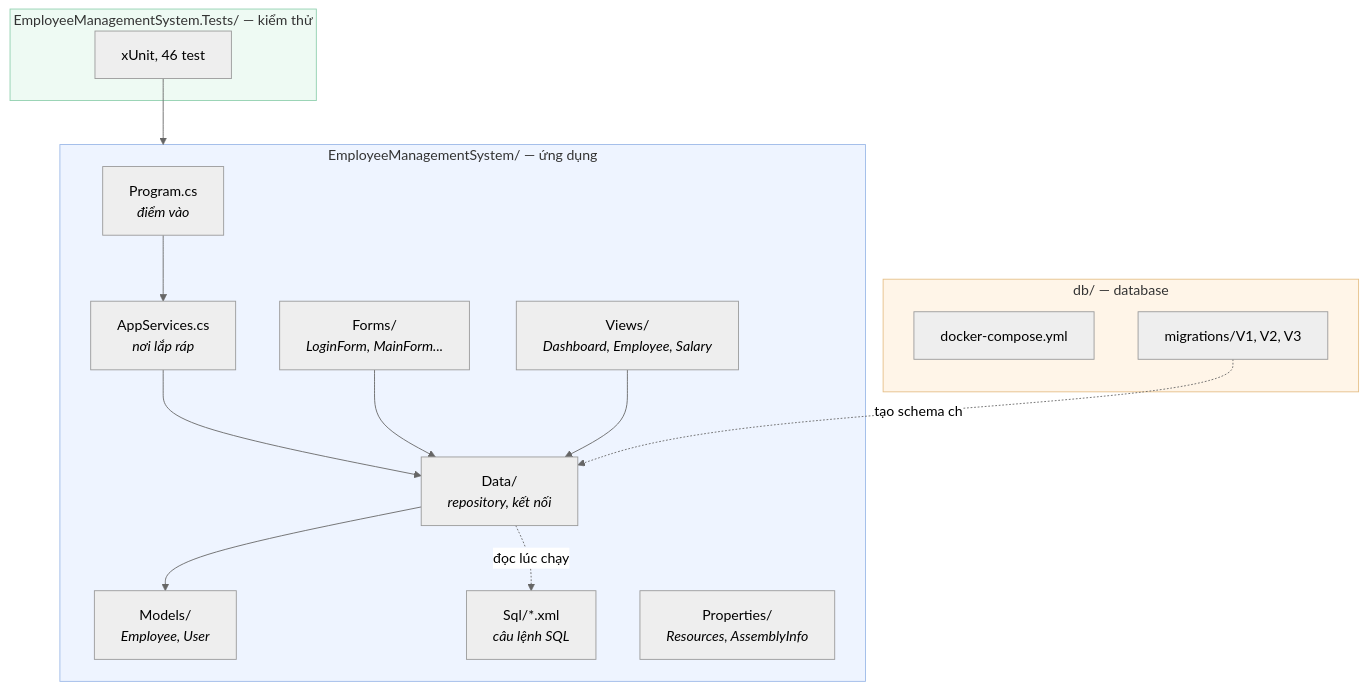
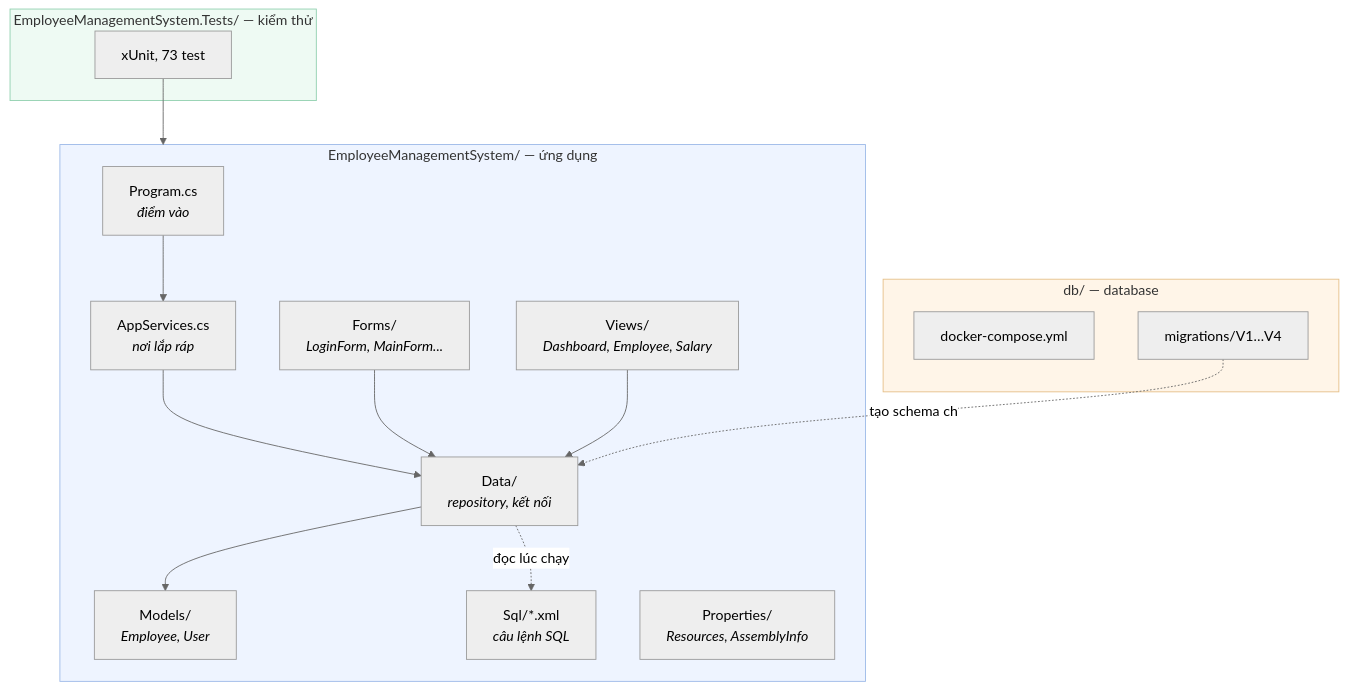
The third of 4 diagrams in docs/02-giai-phau-du-an.md (vielang/dotnet-framework-admin), drawn with Mermaid (neutral theme) before and after one commit. The commit also changed other lines of this file and 8 other files, not shown here.

````diff
--- a/docs/02-giai-phau-du-an.md
+++ b/docs/02-giai-phau-du-an.md
@@ -159,35 +160,35 @@
 ```mermaid
 flowchart TD
     subgraph SRC["EmployeeManagementSystem/ — ứng dụng"]
         P["Program.cs<br/><i>điểm vào</i>"]
         AS["AppServices.cs<br/><i>nơi lắp ráp</i>"]
         M["Models/<br/><i>Employee, User</i>"]
         DA["Data/<br/><i>repository, kết nối</i>"]
         SQ["Sql/*.xml<br/><i>câu lệnh SQL</i>"]
         FO["Forms/<br/><i>LoginForm, MainForm...</i>"]
         VI["Views/<br/><i>Dashboard, Employee, Salary</i>"]
         PR["Properties/<br/><i>Resources, AssemblyInfo</i>"]
     end
 
     subgraph TST["EmployeeManagementSystem.Tests/ — kiểm thử"]
-        T["xUnit, 46 test"]
+        T["xUnit, 73 test"]
     end
 
     subgraph DB["db/ — database"]
         DC["docker-compose.yml"]
-        MG["migrations/V1, V2, V3"]
+        MG["migrations/V1…V4"]
     end
 
     P --> AS
     AS --> DA
     FO --> DA
     VI --> DA
     DA --> M
     DA -.đọc lúc chạy.-> SQ
     T --> SRC
     MG -.tạo schema cho.-> DA
 
     style SRC fill:#eef4ff,stroke:#9bb8e8
     style TST fill:#eefaf3,stroke:#8fcfae
     style DB fill:#fff5e8,stroke:#e5bf87
 ```
````
